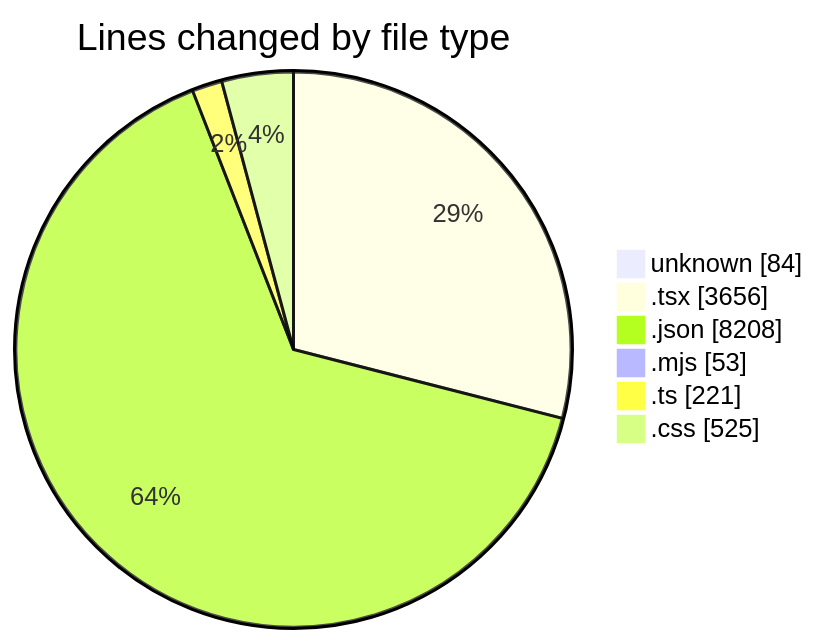
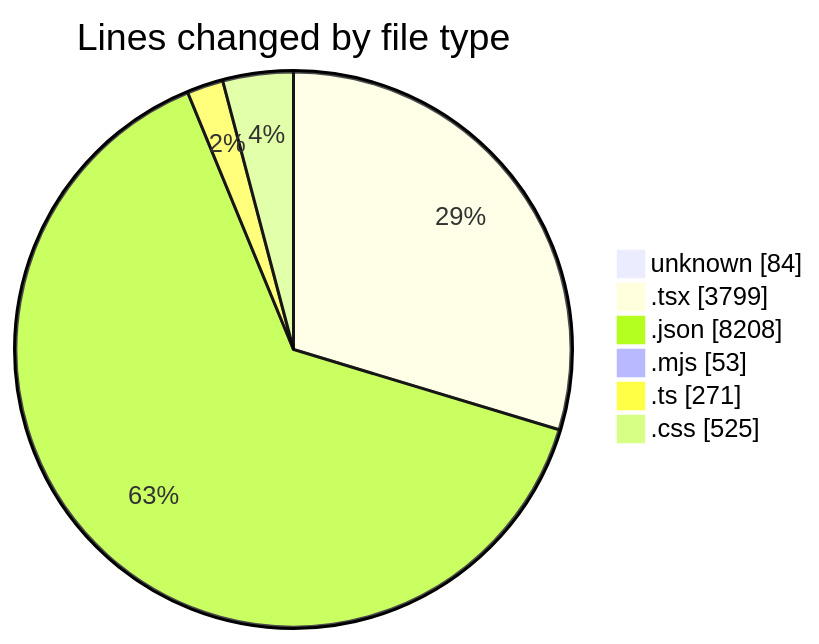
Before and after one commit to Elitesun/code-tracking: the first of 2 diagrams in 2025-05-15/niten/README.md, drawn with Mermaid. The commit also changed other lines of this file and 1 other file, not shown here.

````diff
--- a/2025-05-15/niten/README.md
+++ b/2025-05-15/niten/README.md
@@ -44,10 +45,10 @@
 ```mermaid
 pie showData
 title Lines changed by file type
 "unknown" : 84
-".tsx" : 3656
+".tsx" : 3799
 ".json" : 8208
 ".mjs" : 53
-".ts" : 221
+".ts" : 271
 ".css" : 525
 ```
````
